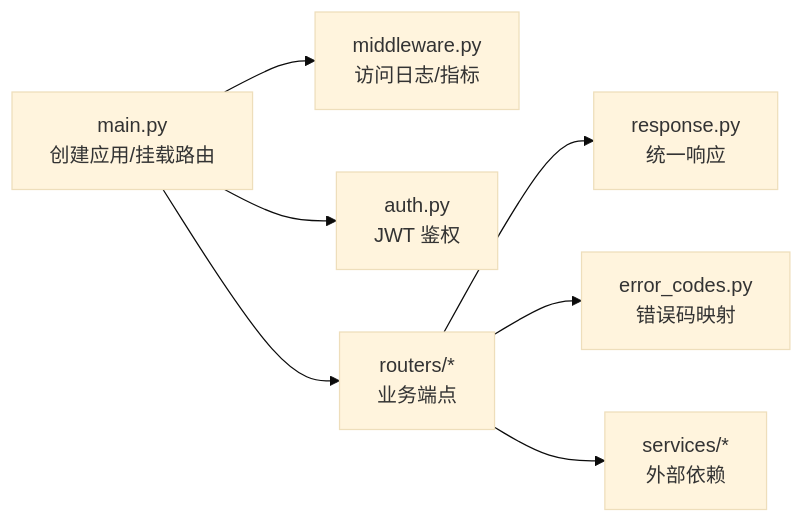
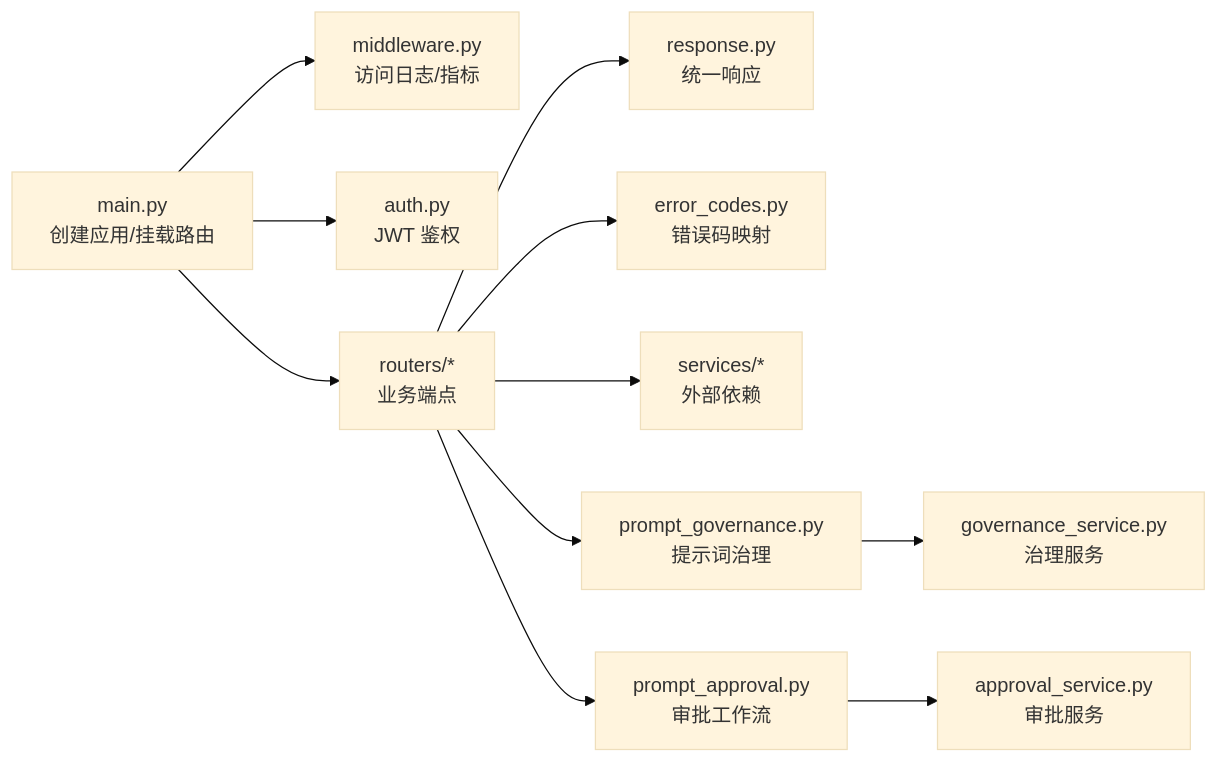
Before and after one commit to songlinhe5-lab/quant_agent: the third of 3 diagrams in .qoder/repowiki/zh/content/API接口参考/RESTful API接口/RESTful API接口.md, drawn with Mermaid (base theme). The commit also changed other lines of this file and 294 other files, not shown here.

````diff
--- a/.qoder/repowiki/zh/content/API接口参考/RESTful API接口/RESTful API接口.md
+++ b/.qoder/repowiki/zh/content/API接口参考/RESTful API接口/RESTful API接口.md
@@ -246,9 +391,13 @@
 ```mermaid
 graph LR
 Main["main.py<br/>创建应用/挂载路由"] --> MW["middleware.py<br/>访问日志/指标"]
 Main --> Auth["auth.py<br/>JWT 鉴权"]
 Main --> Routers["routers/*<br/>业务端点"]
 Routers --> Resp["response.py<br/>统一响应"]
 Routers --> Err["error_codes.py<br/>错误码映射"]
 Routers --> Svc["services/*<br/>外部依赖"]
+Routers --> PG["prompt_governance.py<br/>提示词治理"]
+Routers --> PA["prompt_approval.py<br/>审批工作流"]
+PG --> PGS["governance_service.py<br/>治理服务"]
+PA --> PAS["approval_service.py<br/>审批服务"]
 ```
````
